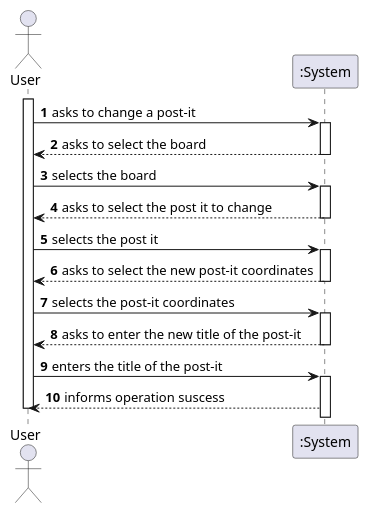
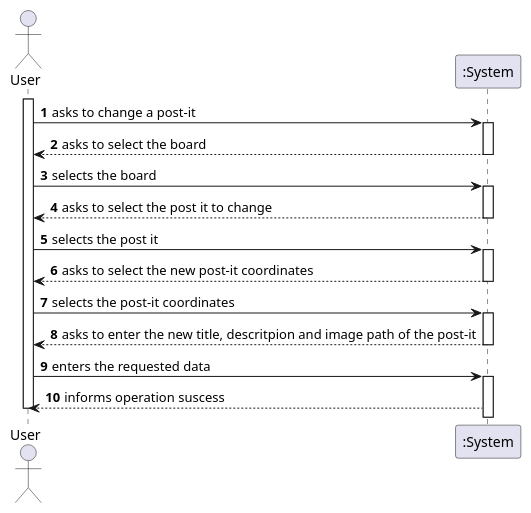
The diagram in docs/sprint-c/us32-3007/US3007_SSD.puml (miseEnPlace-dev/lapr4), drawn with PlantUML before and after one commit. The commit also changed 6 other files, not shown here.

Commit message:
docs: updated diagrams (#64)

```diff
--- a/docs/sprint-c/us32-3007/US3007_SSD.puml
+++ b/docs/sprint-c/us32-3007/US3007_SSD.puml
@@ -1,40 +1,40 @@
 @startuml US3007_SSD
 
 autonumber
 
 actor U as "User"
 
 activate U
 
 U -> ":System" : asks to change a post-it
 activate ":System"
 
 ":System" --> U : asks to select the board
 deactivate ":System"
 
 U -> ":System" : selects the board
 activate ":System"
 
 ":System" --> U : asks to select the post it to change
 deactivate ":System"
 
 U -> ":System" : selects the post it
 activate ":System"
 
 ":System" --> U : asks to select the new post-it coordinates
 deactivate ":System"
 
 U -> ":System" :  selects the post-it coordinates
 activate ":System"
 
-":System" --> U : asks to enter the new title of the post-it
+":System" --> U : asks to enter the new title, descritpion and image path of the post-it
 deactivate ":System"
 
-U -> ":System" :  enters the title of the post-it
+U -> ":System" :  enters the requested data
 activate ":System"
 
 ":System" --> U : informs operation suscess
 
 deactivate U
 
 @enduml
```
